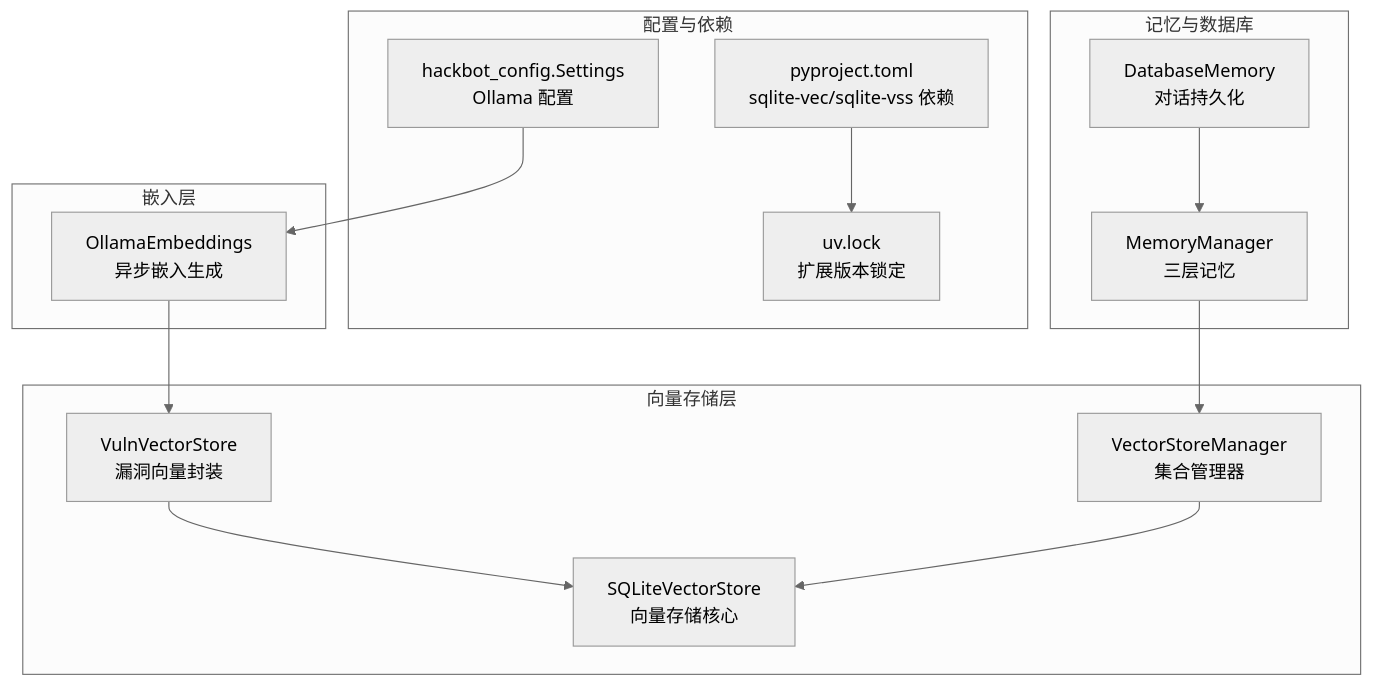
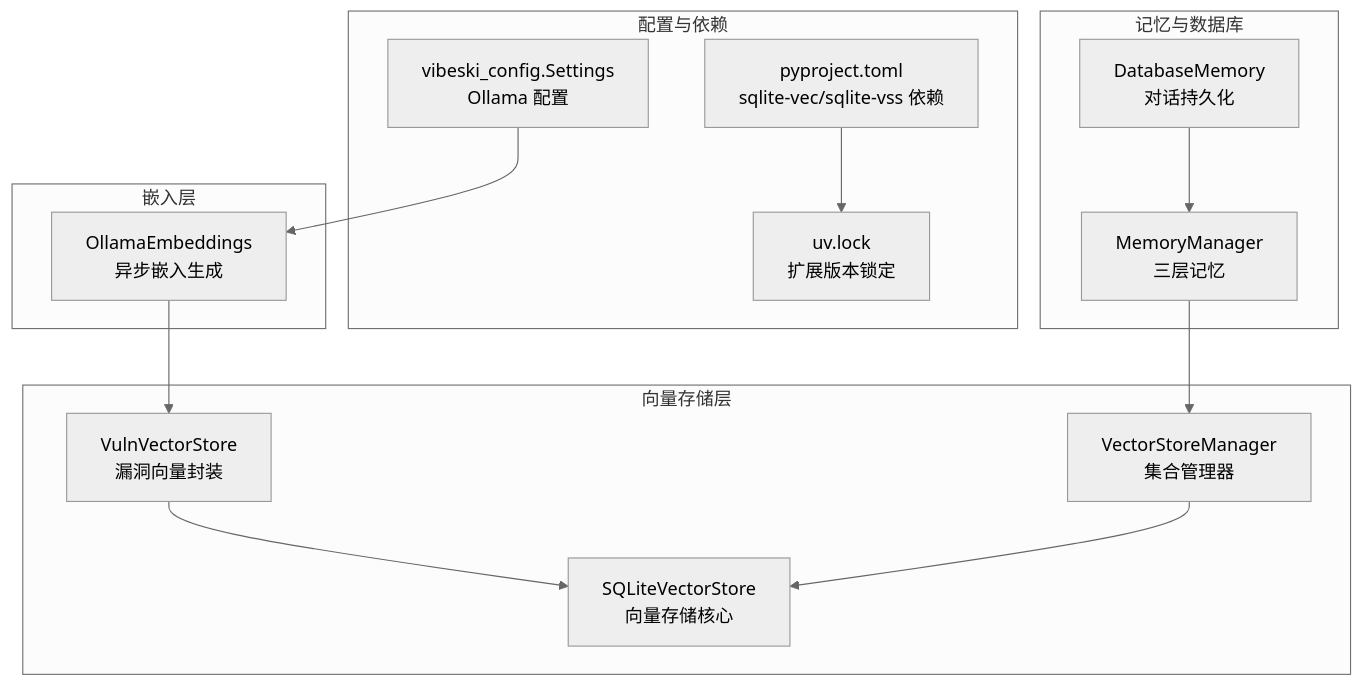
Before and after one commit to crabin/VIBESKI: the first of 6 diagrams in .qoder/repowiki/zh/content/内存与知识管理/向量存储系统.md, drawn with Mermaid (neutral theme). The commit also changed other lines of this file and 170 other files, not shown here.

Commit message:
chore: rename all secbot/hackbot identifiers to vibeski

````diff
--- a/.qoder/repowiki/zh/content/内存与知识管理/向量存储系统.md
+++ b/.qoder/repowiki/zh/content/内存与知识管理/向量存储系统.md
@@ -40,27 +40,27 @@
 ```mermaid
 graph TB
 subgraph "向量存储层"
 VS["SQLiteVectorStore<br/>向量存储核心"]
 VSM["VectorStoreManager<br/>集合管理器"]
 VULNVS["VulnVectorStore<br/>漏洞向量封装"]
 end
 subgraph "嵌入层"
 EMB["OllamaEmbeddings<br/>异步嵌入生成"]
 end
 subgraph "配置与依赖"
-CFG["hackbot_config.Settings<br/>Ollama 配置"]
+CFG["vibeski_config.Settings<br/>Ollama 配置"]
 PYP["pyproject.toml<br/>sqlite-vec/sqlite-vss 依赖"]
 UVL["uv.lock<br/>扩展版本锁定"]
 end
 subgraph "记忆与数据库"
 MM["MemoryManager<br/>三层记忆"]
 DBM["DatabaseMemory<br/>对话持久化"]
 end
 EMB --> VULNVS
 VULNVS --> VS
 VSM --> VS
 CFG --> EMB
 PYP --> UVL
 MM --> VSM
 DBM --> MM
 ```
````
